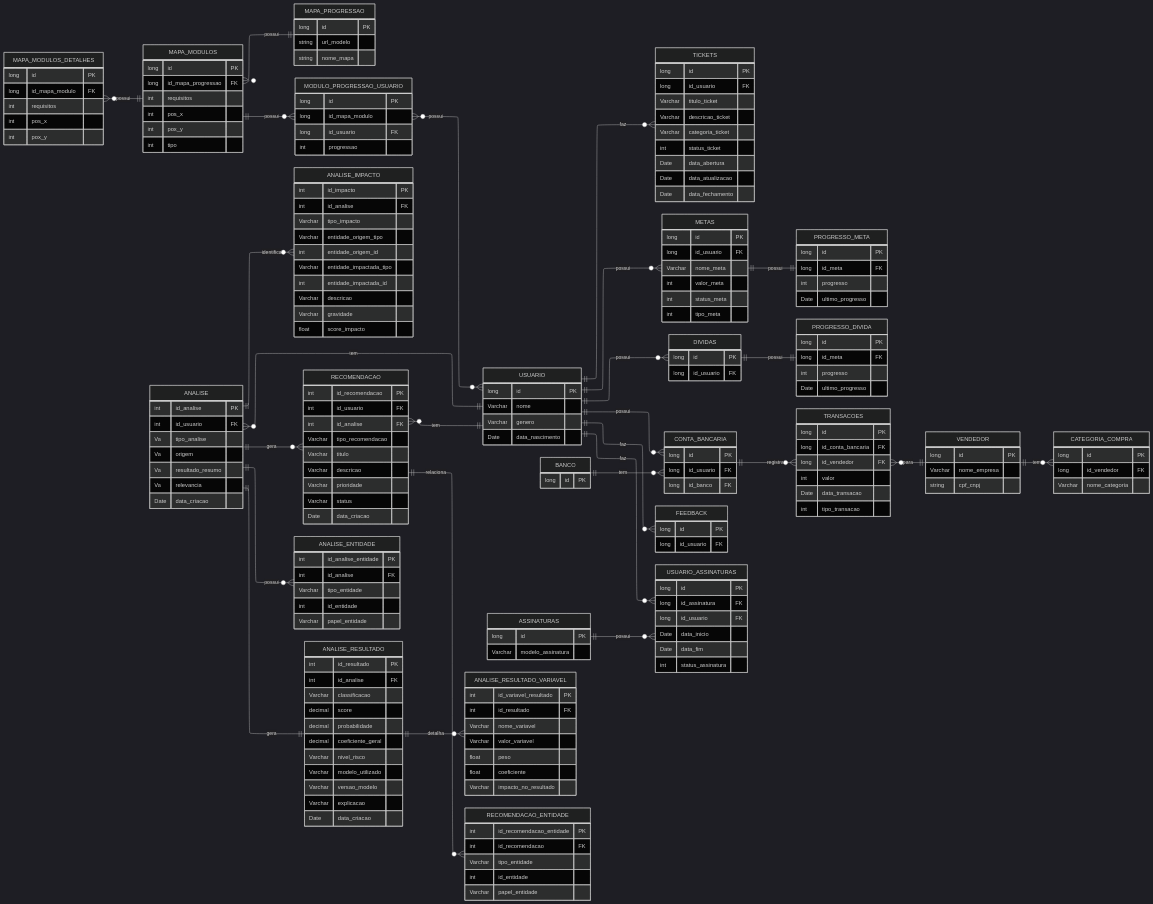
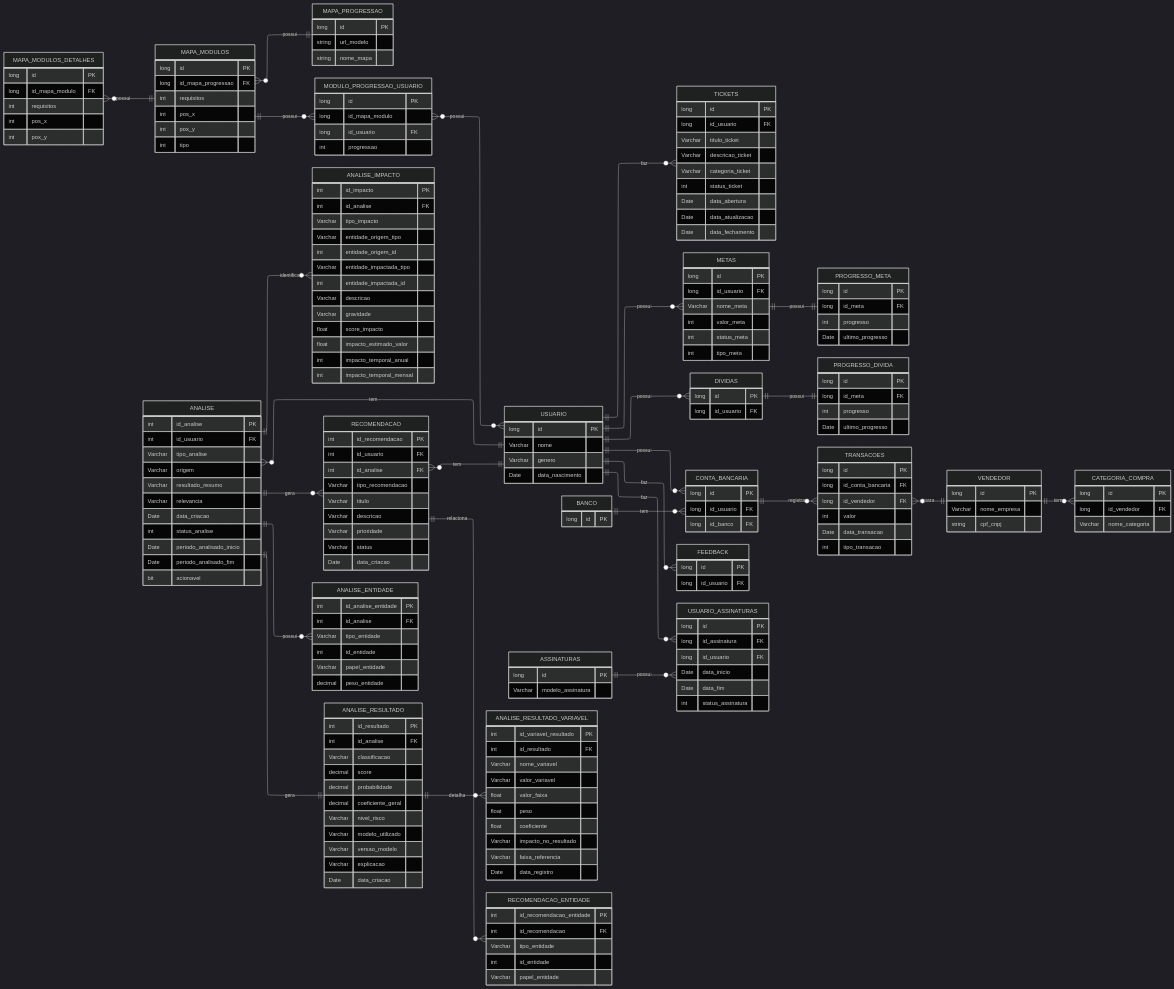
Before and after one commit to ZeniteTeam/tolev: the diagram in Docs/flow/der.md, drawn with Mermaid.

Commit message:
adiciona campos analisse

```diff
--- a/Docs/flow/der.md
+++ b/Docs/flow/der.md
@@ -158,11 +158,17 @@
     ANALISE {
         int id_analise PK
         int id_usuario FK
-        Va tipo_analise
-        Va origem
-        Va resultado_resumo
-        Va relevancia
+        %%consumo - saude - inadimplencia - previsao - etc
+        Varchar tipo_analise
+        %% processo que disparou a analise (Talvez enum)
+        Varchar origem
+        Varchar resultado_resumo
+        Varchar relevancia
         Date data_criacao
+        int status_analise
+        Date periodo_analisado_inicio
+        Date periodo_analisado_fim
+        bit acionavel
     }
 	ANALISE }o--|| USUARIO : "tem"
     ANALISE ||--o{ ANALISE_IMPACTO : "identifica"
@@ -176,17 +182,23 @@
         Varchar tipo_entidade
         int id_entidade
         Varchar papel_entidade
+        %% campo bom para IA
+        decimal peso_entidade
     }
 
     ANALISE_RESULTADO {
         int id_resultado PK
         int id_analise FK
+        %% talvez ter uma tabela de classificacao
         Varchar classificacao
         decimal score
+        %% probabilidade da analise estar correta
         decimal probabilidade
+        %% relação entre variaveis e a resposta
         decimal coeficiente_geral
         Varchar nivel_risco
-        Varchar modelo_utilizado
+        %% IA ou Algoritmo ou ambos
+        Varchar modelo_utilizado 
         Varchar versao_modelo
         Varchar explicacao
         Date data_criacao
@@ -196,24 +208,41 @@
     ANALISE_RESULTADO_VARIAVEL {
         int id_variavel_resultado PK
         int id_resultado FK
+        %% dinamico representa uma variavel da analise
         Varchar nome_variavel
+        %% valor do usuário para essa variavel (ex: 45%, acima da media)
         Varchar valor_variavel
+        %% valor padrao dessa variavel (ex, 30%)
+        float valor_faixa
         float peso
+        %% impacto matematica (positivo, negativo)
         float coeficiente
+        %% risco aumentado - diminuido - neutro
         Varchar impacto_no_resultado
+        %% faixa de referencia normalizada
+        Varchar faixa_referencia
+        %% registra a ultima verificação dessas analises
+        Date data_registro
     }
 
     ANALISE_IMPACTO {
         int id_impacto PK
         int id_analise FK
+         %% financeiro - meta - risco - etc (talvez enum)
         Varchar tipo_impacto
         Varchar entidade_origem_tipo
         int entidade_origem_id
         Varchar entidade_impactada_tipo
         int entidade_impactada_id
+        %% humanizado
         Varchar descricao
+        %% alta - baixa - etc
         Varchar gravidade
         float score_impacto
+        %% ganho ou perca desse impacto
+        float impacto_estimado_valor
+        int impacto_temporal_anual
+        int impacto_temporal_mensal
     }
 
     RECOMENDACAO {
```
